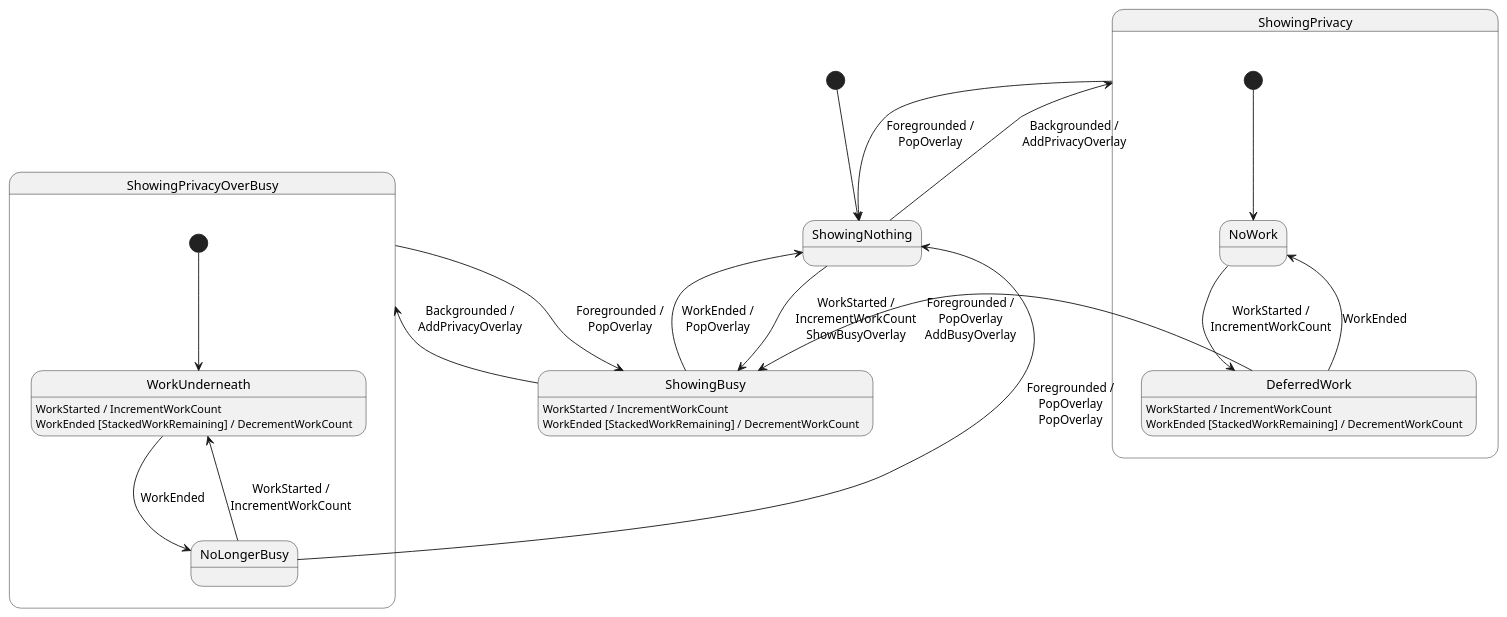
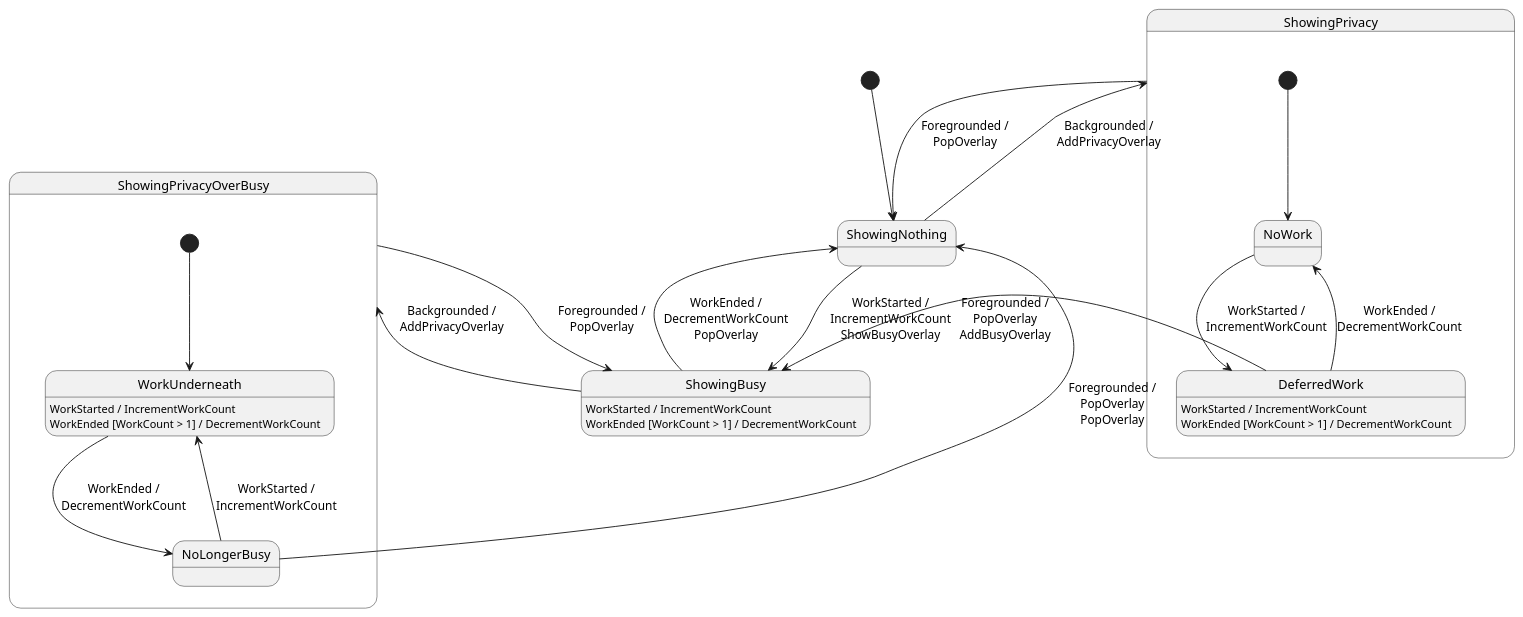
Before and after one commit to davidaramant/state-machine-examples: the diagram in src/Examples/Overlays/overlays.wsd, drawn with PlantUML. The commit also changed 3 other files, not shown here.

```diff
--- a/src/Examples/Overlays/overlays.wsd
+++ b/src/Examples/Overlays/overlays.wsd
@@ -1,48 +1,48 @@
 @startuml "Overlays"
 
 ' WorkStarted
 ' WorkEnded
 ' Backgrounded
 ' Foregrounded
 
 state ShowingNothing
 state ShowingBusy
 ShowingBusy : WorkStarted / IncrementWorkCount
-ShowingBusy : WorkEnded [StackedWorkRemaining] / DecrementWorkCount
+ShowingBusy : WorkEnded [WorkCount > 1] / DecrementWorkCount
 
 state ShowingPrivacy {
     state NoWork
     state DeferredWork
     DeferredWork : WorkStarted / IncrementWorkCount
-    DeferredWork : WorkEnded [StackedWorkRemaining] / DecrementWorkCount
+    DeferredWork : WorkEnded [WorkCount > 1] / DecrementWorkCount
 
     [*] --> NoWork
     NoWork --> DeferredWork : WorkStarted /\nIncrementWorkCount
-    DeferredWork --> NoWork : WorkEnded
+    DeferredWork --> NoWork : WorkEnded /\nDecrementWorkCount
 }
 state ShowingPrivacyOverBusy {
     state WorkUnderneath
     WorkUnderneath : WorkStarted / IncrementWorkCount
-    WorkUnderneath : WorkEnded [StackedWorkRemaining] / DecrementWorkCount
+    WorkUnderneath : WorkEnded [WorkCount > 1] / DecrementWorkCount
     state NoLongerBusy
 
     [*] --> WorkUnderneath
-    WorkUnderneath --> NoLongerBusy : WorkEnded
+    WorkUnderneath --> NoLongerBusy : WorkEnded /\nDecrementWorkCount
     NoLongerBusy --> WorkUnderneath : WorkStarted /\nIncrementWorkCount
 }
 
 [*] --> ShowingNothing
 
 ShowingNothing --> ShowingBusy : WorkStarted /\nIncrementWorkCount\nShowBusyOverlay
-ShowingBusy --> ShowingNothing : WorkEnded /\nPopOverlay
+ShowingBusy --> ShowingNothing : WorkEnded /\nDecrementWorkCount\nPopOverlay
 
 ShowingNothing --> ShowingPrivacy : Backgrounded /\nAddPrivacyOverlay
 ShowingPrivacy --> ShowingNothing : Foregrounded /\nPopOverlay
 DeferredWork --> ShowingBusy : Foregrounded /\nPopOverlay\nAddBusyOverlay
 
 ShowingBusy --> ShowingPrivacyOverBusy : Backgrounded /\nAddPrivacyOverlay
 ShowingPrivacyOverBusy --> ShowingBusy : Foregrounded /\nPopOverlay
 
 NoLongerBusy --> ShowingNothing : Foregrounded /\nPopOverlay\nPopOverlay
 
 @enduml
```
